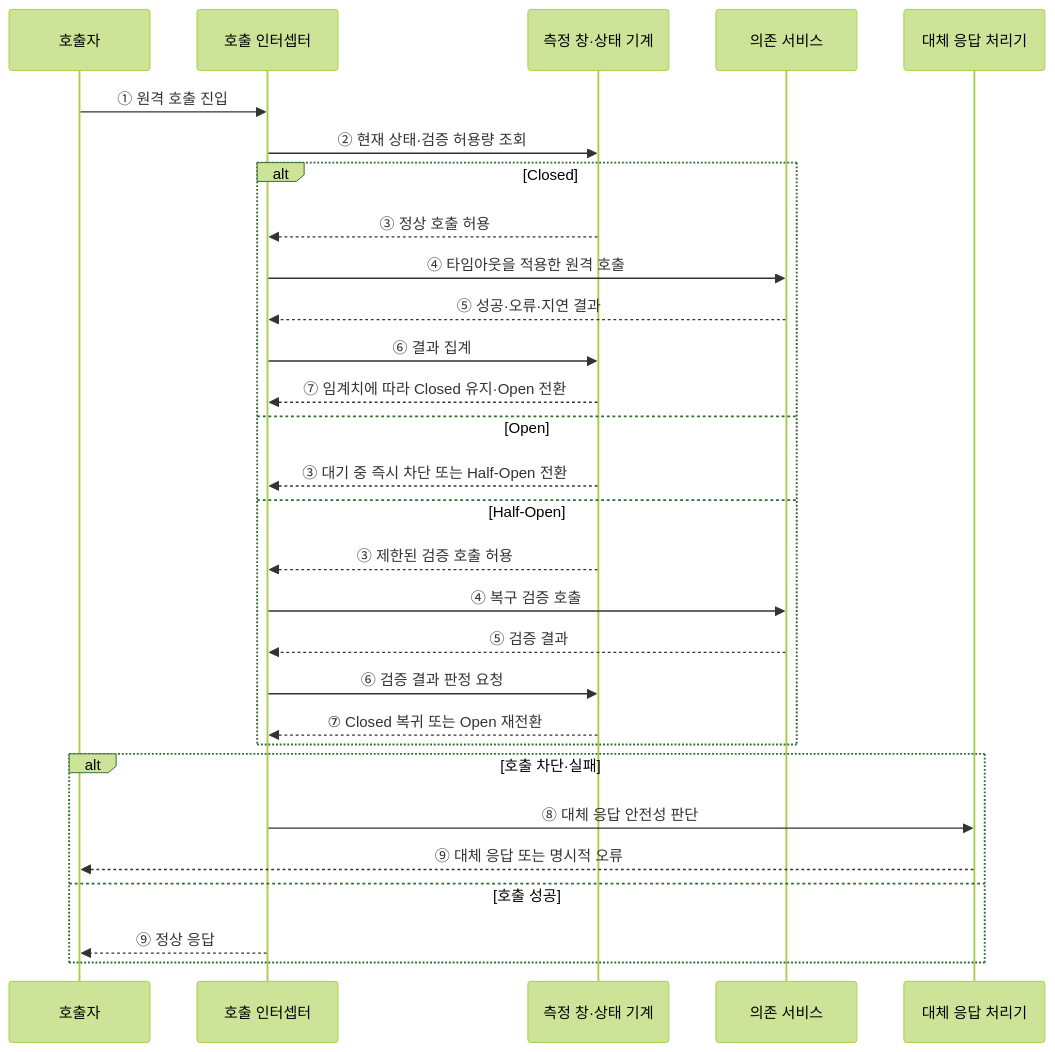
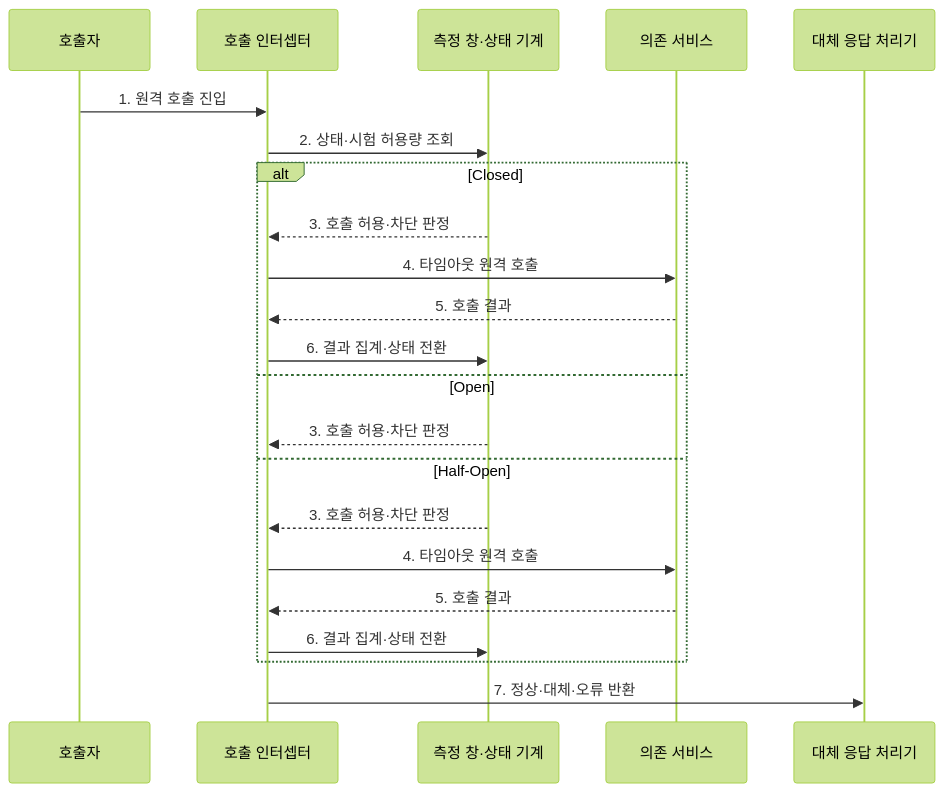
The second of 2 diagrams in src/content/docs/notes/03-software/041_circuit_breaker_pattern.md (agnusdei1207/knowledge-base), drawn with Mermaid (forest theme) before and after one commit. The commit also changed other lines of this file and 20 other files, not shown here.

````diff
--- a/src/content/docs/notes/03-software/041_circuit_breaker_pattern.md
+++ b/src/content/docs/notes/03-software/041_circuit_breaker_pattern.md
@@ -92,31 +87,24 @@
 ```mermaid
 sequenceDiagram
     participant C as 호출자
     participant I as 호출 인터셉터
     participant S as 측정 창·상태 기계
     participant D as 의존 서비스
     participant F as 대체 응답 처리기
-    C->>I: ① 원격 호출 진입
-    I->>S: ② 현재 상태·검증 허용량 조회
+    C->>I: 1. 원격 호출 진입
+    I->>S: 2. 상태·시험 허용량 조회
     alt Closed
-        S-->>I: ③ 정상 호출 허용
-        I->>D: ④ 타임아웃을 적용한 원격 호출
-        D-->>I: ⑤ 성공·오류·지연 결과
-        I->>S: ⑥ 결과 집계
-        S-->>I: ⑦ 임계치에 따라 Closed 유지·Open 전환
+        S-->>I: 3. 호출 허용·차단 판정
+        I->>D: 4. 타임아웃 원격 호출
+        D-->>I: 5. 호출 결과
+        I->>S: 6. 결과 집계·상태 전환
     else Open
-        S-->>I: ③ 대기 중 즉시 차단 또는 Half-Open 전환
+        S-->>I: 3. 호출 허용·차단 판정
     else Half-Open
-        S-->>I: ③ 제한된 검증 호출 허용
-        I->>D: ④ 복구 검증 호출
-        D-->>I: ⑤ 검증 결과
-        I->>S: ⑥ 검증 결과 판정 요청
-        S-->>I: ⑦ Closed 복귀 또는 Open 재전환
+        S-->>I: 3. 호출 허용·차단 판정
+        I->>D: 4. 타임아웃 원격 호출
+        D-->>I: 5. 호출 결과
+        I->>S: 6. 결과 집계·상태 전환
     end
-    alt 호출 차단·실패
-        I->>F: ⑧ 대체 응답 안전성 판단
-        F-->>C: ⑨ 대체 응답 또는 명시적 오류
-    else 호출 성공
-        I-->>C: ⑨ 정상 응답
-    end
+    I->>F: 7. 정상·대체·오류 반환
 ```
````
